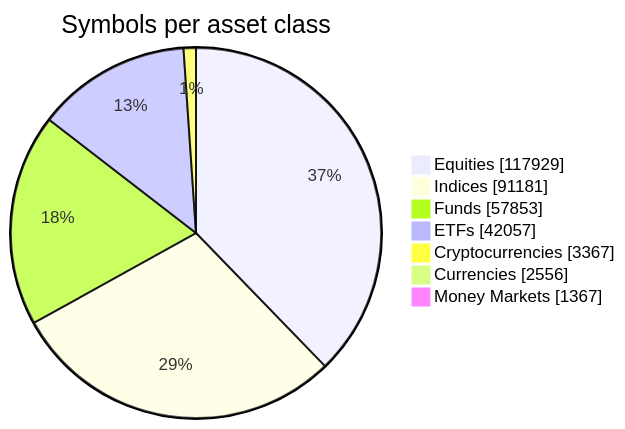
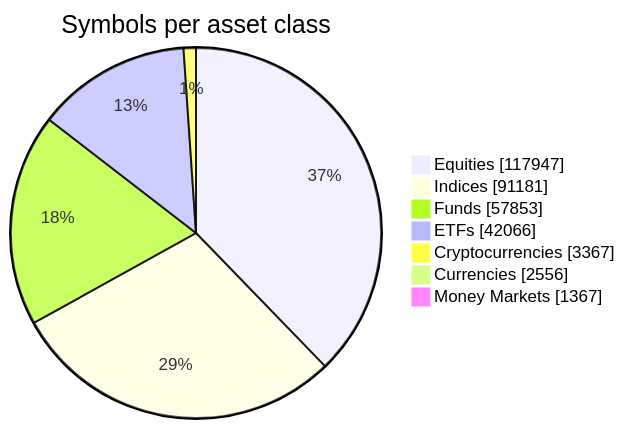
Before and after one commit to JerBouma/FinanceDatabase: the diagram in README.md, drawn with Mermaid. The commit also changed other lines of this file, not shown here.

````diff
--- a/README.md
+++ b/README.md
@@ -46,11 +46,11 @@
 ```mermaid
 pie showData
     title Symbols per asset class
-    "Equities" : 117929
+    "Equities" : 117947
     "Indices" : 91181
     "Funds" : 57853
-    "ETFs" : 42057
+    "ETFs" : 42066
     "Cryptocurrencies" : 3367
     "Currencies" : 2556
     "Money Markets" : 1367
 ```
````
